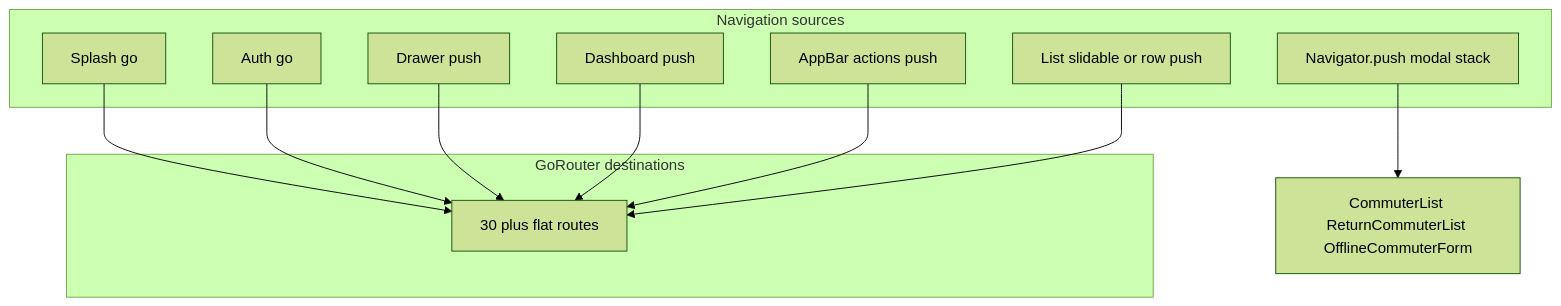
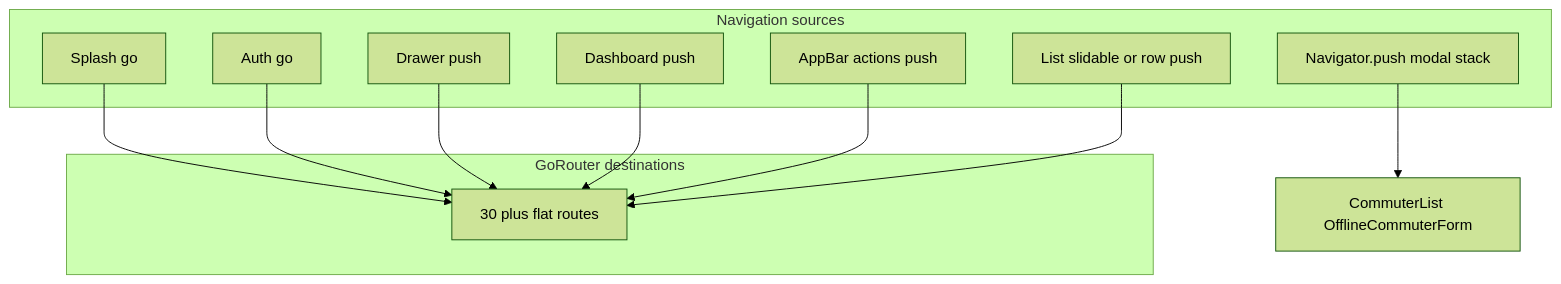
Before and after one commit to professorbhakta/cts_beta: the first of 5 diagrams in docs/UI_ARCHITECTURE.md, drawn with Mermaid (forest theme). The commit also changed other lines of this file and 93 other files, not shown here.

First line of the commit message:
Enable driver return confirm and harden D2D/auth flows.

````diff
--- a/docs/UI_ARCHITECTURE.md
+++ b/docs/UI_ARCHITECTURE.md
@@ -58,24 +59,24 @@
 ```mermaid
 flowchart TB
   subgraph navSources [Navigation sources]
     Splash[Splash go]
     Auth[Auth go]
     Drawer[Drawer push]
     Dash[Dashboard push]
     AppBarAct[AppBar actions push]
     ListAct[List slidable or row push]
     NestedNav[Navigator.push modal stack]
   end
 
   subgraph router [GoRouter destinations]
     R[30 plus flat routes]
   end
 
   Splash --> R
   Auth --> R
   Drawer --> R
   Dash --> R
   AppBarAct --> R
   ListAct --> R
-  NestedNav --> Local[CommuterList ReturnCommuterList OfflineCommuterForm]
+  NestedNav --> Local[CommuterList OfflineCommuterForm]
 ```
````
